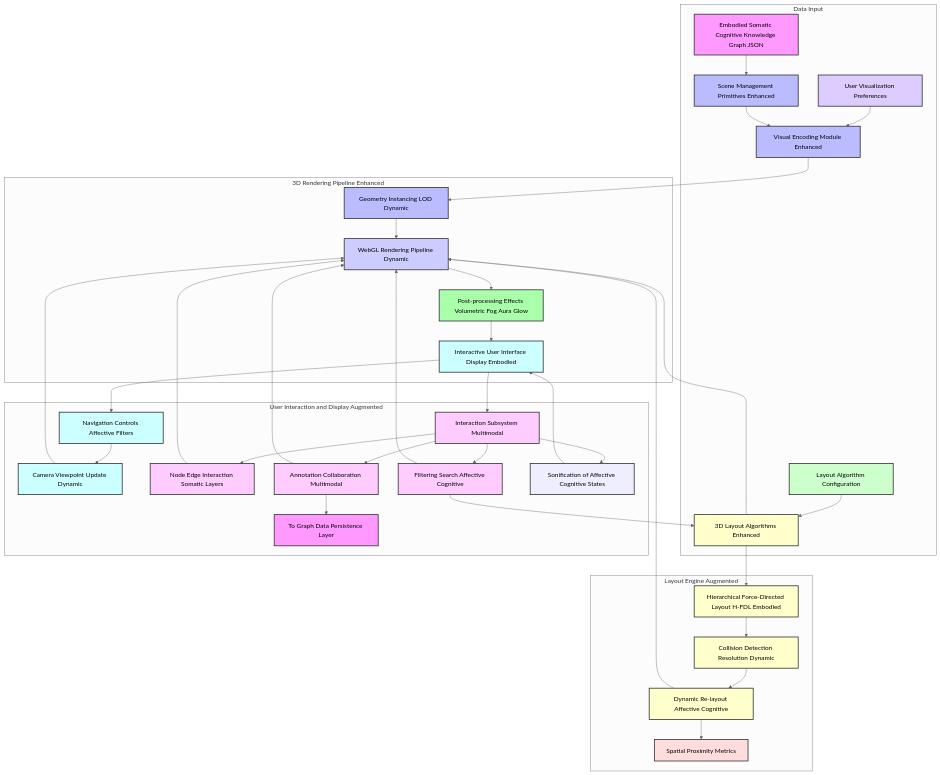
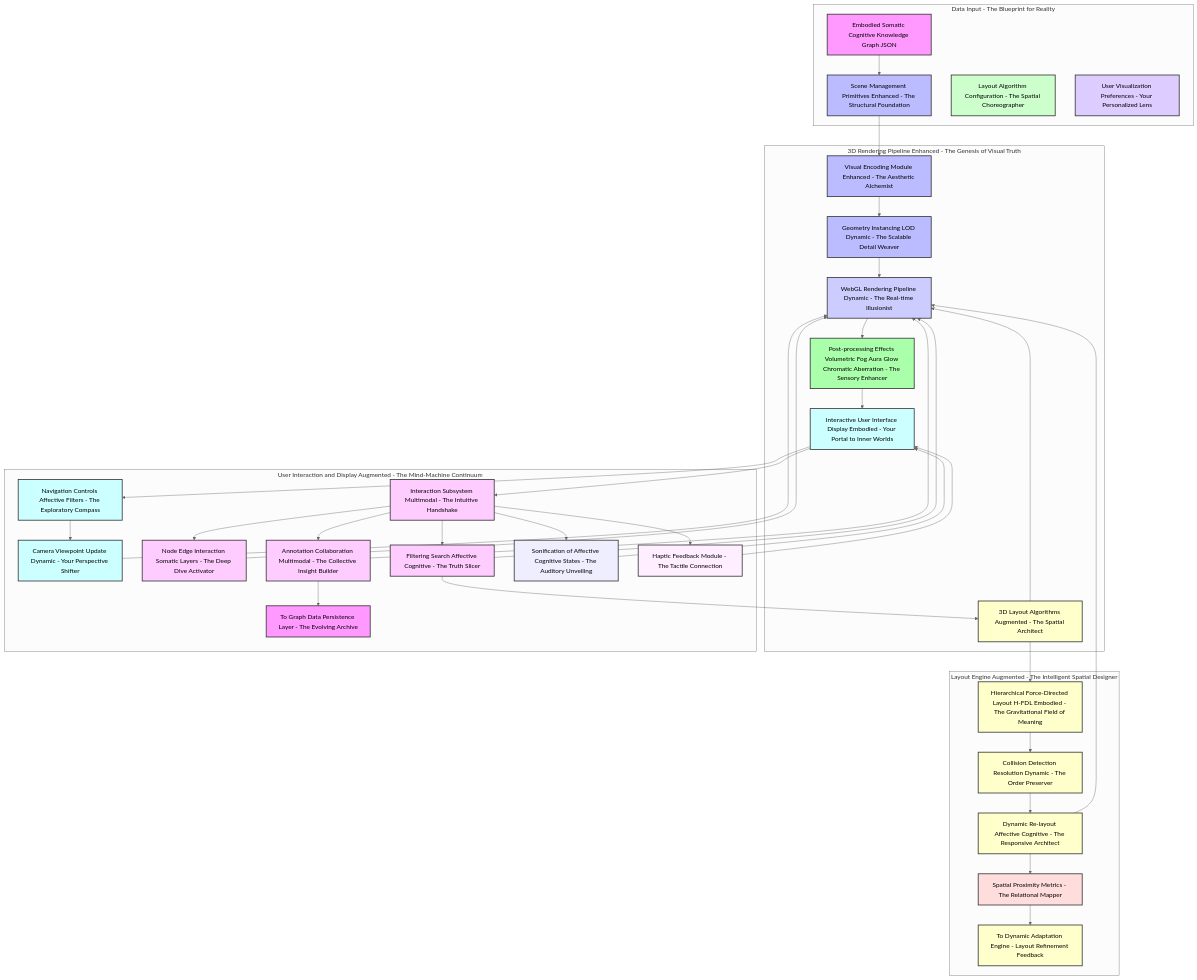
Before and after one commit to diplomat-bit/Citibank_Demo_Business_Inc_Demonstration-: the seventh of 9 diagrams in inventions/inventions/012_holographic_meeting_scribe/014_multimodal_somatic_cognitive_graph_integration.md, drawn with Mermaid (neutral theme). The commit also changed other lines of this file, not shown here.

````diff
--- a/inventions/inventions/012_holographic_meeting_scribe/014_multimodal_somatic_cognitive_graph_integration.md
+++ b/inventions/inventions/012_holographic_meeting_scribe/014_multimodal_somatic_cognitive_graph_integration.md
@@ -621,68 +736,73 @@
 ```mermaid
 graph TD
-    subgraph Data Input
-        ESCKG_JSON[Embodied Somatic Cognitive Knowledge Graph JSON] --> SM_PR_E[Scene Management Primitives Enhanced];
-        LAYOUT_CONFIG[Layout Algorithm Configuration] --> LA_E[3D Layout Algorithms Enhanced];
-        VIS_PREFS[User Visualization Preferences] --> VIS_ENC_E[Visual Encoding Module Enhanced];
+    subgraph Data Input - The Blueprint for Reality
+        ESCKG_JSON[Embodied Somatic Cognitive Knowledge Graph JSON] --> SM_PR_E[Scene Management Primitives Enhanced - The Structural Foundation];
+        LAYOUT_CONFIG[Layout Algorithm Configuration - The Spatial Choreographer];
+        VIS_PREFS[User Visualization Preferences - Your Personalized Lens];
     end
 
-    subgraph 3D Rendering Pipeline Enhanced
-        SM_PR_E --> VIS_ENC_E;
-        VIS_ENC_E --> GEOM_INST_E[Geometry Instancing LOD Dynamic];
-        GEOM_INST_E --> RENDER_PIPE_E[WebGL Rendering Pipeline Dynamic];
-        LA_E --> RENDER_PIPE_E;
-        RENDER_PIPE_E --> POST_PROC[Post-processing Effects Volumetric Fog Aura Glow];
-        POST_PROC --> F_UI[Interactive User Interface Display Embodied];
+    subgraph 3D Rendering Pipeline Enhanced - The Genesis of Visual Truth
+        SM_PR_E --> VIS_ENC_E[Visual Encoding Module Enhanced - The Aesthetic Alchemist];
+        VIS_ENC_E --> GEOM_INST_E[Geometry Instancing LOD Dynamic - The Scalable Detail Weaver];
+        GEOM_INST_E --> RENDER_PIPE_E[WebGL Rendering Pipeline Dynamic - The Real-time Illusionist];
+        LA_E[3D Layout Algorithms Augmented - The Spatial Architect] --> RENDER_PIPE_E;
+        RENDER_PIPE_E --> POST_PROC[Post-processing Effects Volumetric Fog Aura Glow Chromatic Aberration - The Sensory Enhancer];
+        POST_PROC --> F_UI[Interactive User Interface Display Embodied - Your Portal to Inner Worlds];
     end
 
-    subgraph Layout Engine Augmented
-        LA_E --> HFD_LAYOUT_E[Hierarchical Force-Directed Layout H-FDL Embodied];
-        HFD_LAYOUT_E --> COL_RES_E[Collision Detection Resolution Dynamic];
-        COL_RES_E --> DYN_RELAYOUT_E[Dynamic Re-layout Affective Cognitive];
+    subgraph Layout Engine Augmented - The Intelligent Spatial Designer
+        LA_E --> HFD_LAYOUT_E[Hierarchical Force-Directed Layout H-FDL Embodied - The Gravitational Field of Meaning];
+        HFD_LAYOUT_E --> COL_RES_E[Collision Detection Resolution Dynamic - The Order Preserver];
+        COL_RES_E --> DYN_RELAYOUT_E[Dynamic Re-layout Affective Cognitive - The Responsive Architect];
         DYN_RELAYOUT_E --> RENDER_PIPE_E;
-        DYN_RELAYOUT_E --> SPATIAL_METRICS[Spatial Proximity Metrics];
+        DYN_RELAYOUT_E --> SPATIAL_METRICS[Spatial Proximity Metrics - The Relational Mapper];
+        SPATIAL_METRICS --> ADAPT_ENGINE_L[To Dynamic Adaptation Engine - Layout Refinement Feedback];
     end
 
-    subgraph User Interaction and Display Augmented
-        F_UI --> NAV_CONTROL_E[Navigation Controls Affective Filters];
-        NAV_CONTROL_E --> CAMERA_UPDATE_E[Camera Viewpoint Update Dynamic];
+    subgraph User Interaction and Display Augmented - The Mind-Machine Continuum
+        F_UI --> NAV_CONTROL_E[Navigation Controls Affective Filters - The Exploratory Compass];
+        NAV_CONTROL_E --> CAMERA_UPDATE_E[Camera Viewpoint Update Dynamic - Your Perspective Shifter];
         CAMERA_UPDATE_E --> RENDER_PIPE_E;
-        F_UI --> INT_SUB_E[Interaction Subsystem Multimodal];
-        INT_SUB_E --> NODE_EDGE_INT_E[Node Edge Interaction Somatic Layers];
-        INT_SUB_E --> FILTER_SEARCH_E[Filtering Search Affective Cognitive];
-        INT_SUB_E --> ANNOT_COLLAB_E[Annotation Collaboration Multimodal];
+        F_UI --> INT_SUB_E[Interaction Subsystem Multimodal - The Intuitive Handshake];
+        INT_SUB_E --> NODE_EDGE_INT_E[Node Edge Interaction Somatic Layers - The Deep Dive Activator];
+        INT_SUB_E --> FILTER_SEARCH_E[Filtering Search Affective Cognitive - The Truth Slicer];
+        INT_SUB_E --> ANNOT_COLLAB_E[Annotation Collaboration Multimodal - The Collective Insight Builder];
         NODE_EDGE_INT_E --> RENDER_PIPE_E;
         FILTER_SEARCH_E --> LA_E;
         FILTER_SEARCH_E --> RENDER_PIPE_E;
-        ANNOT_COLLAB_E --> GRAPH_PERSIST_E[To Graph Data Persistence Layer];
+        ANNOT_COLLAB_E --> GRAPH_PERSIST_E[To Graph Data Persistence Layer - The Evolving Archive];
         ANNOT_COLLAB_E --> RENDER_PIPE_E;
-        INT_SUB_E --> SONIFICATION_MODULE[Sonification of Affective Cognitive States];
+        INT_SUB_E --> SONIFICATION_MODULE[Sonification of Affective Cognitive States - The Auditory Unveiling];
         SONIFICATION_MODULE --> F_UI;
+        INT_SUB_E --> HAPTIC_FEEDBACK_MODULE[Haptic Feedback Module - The Tactile Connection];
+        HAPTIC_FEEDBACK_MODULE --> F_UI;
     end
 
     style ESCKG_JSON fill:#f9f,stroke:#333,stroke-width:2px
     style LAYOUT_CONFIG fill:#cfc,stroke:#333,stroke-width:2px
     style VIS_PREFS fill:#dcf,stroke:#333,stroke-width:2px
 
     style SM_PR_E fill:#bbf,stroke:#333,stroke-width:2px
     style VIS_ENC_E fill:#bbf,stroke:#333,stroke-width:2px
     style GEOM_INST_E fill:#bbf,stroke:#333,stroke-width:2px
     style RENDER_PIPE_E fill:#ccf,stroke:#333,stroke-width:2px
     style POST_PROC fill:#aaffaa,stroke:#333,stroke-width:2px
 
     style LA_E fill:#ffc,stroke:#333,stroke-width:2px
     style HFD_LAYOUT_E fill:#ffc,stroke:#333,stroke-width:2px
     style COL_RES_E fill:#ffc,stroke:#333,stroke-width:2px
     style DYN_RELAYOUT_E fill:#ffc,stroke:#333,stroke-width:2px
     style SPATIAL_METRICS fill:#fdd,stroke:#333,stroke-width:2px
+    style ADAPT_ENGINE_L fill:#ffc,stroke:#333,stroke-width:2px
 
     style F_UI fill:#cff,stroke:#333,stroke-width:2px
     style NAV_CONTROL_E fill:#cff,stroke:#333,stroke-width:2px
     style CAMERA_UPDATE_E fill:#cff,stroke:#333,stroke-width:2px
     style INT_SUB_E fill:#fcf,stroke:#333,stroke-width:2px
     style NODE_EDGE_INT_E fill:#fcf,stroke:#333,stroke-width:2px
     style FILTER_SEARCH_E fill:#fcf,stroke:#333,stroke-width:2px
     style ANNOT_COLLAB_E fill:#fcf,stroke:#333,stroke-width:2px
     style GRAPH_PERSIST_E fill:#f9f,stroke:#333,stroke-width:2px
     style SONIFICATION_MODULE fill:#eef,stroke:#333,stroke-width:2px
+    style HAPTIC_FEEDBACK_MODULE fill:#fef,stroke:#333,stroke-width:2px
 ```
````
